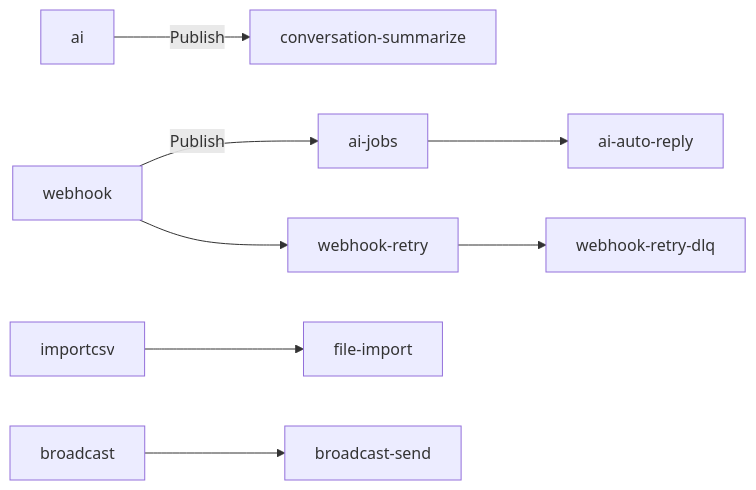
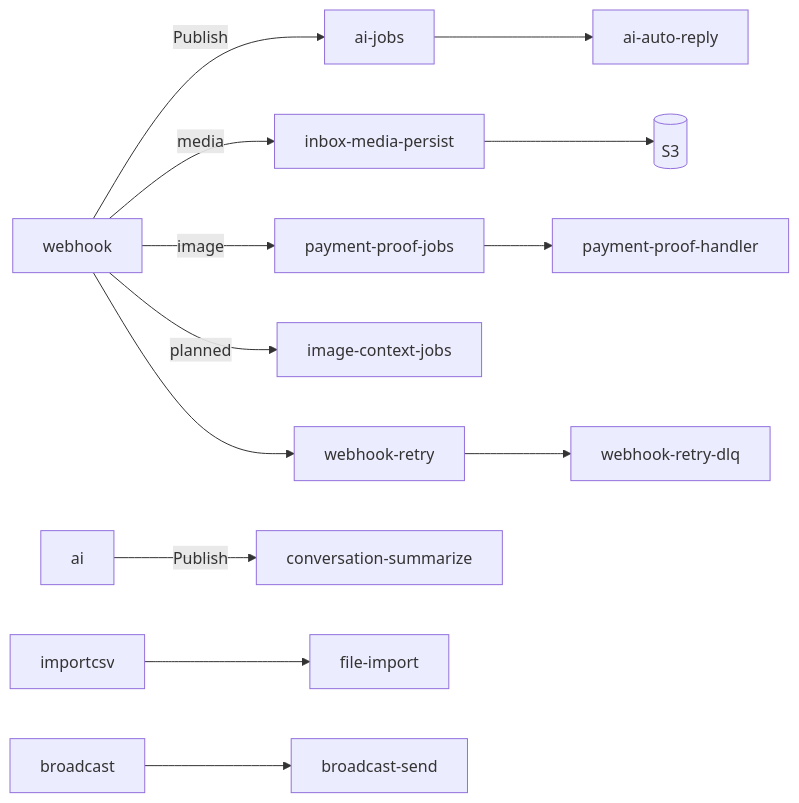
One commit to vwijaya03/wabantu-api-go changed the ninth of 9 diagrams in DEVELOPER_DOCUMENTATION.md. Above: the diagram before and after it, drawn with Mermaid. The commit also changed other lines of this file and 5 other files, not shown here.

First line of the commit message:
docs: integrasikan alur media inbox, S3, bukti transfer, dan stock guard

````diff
--- a/DEVELOPER_DOCUMENTATION.md
+++ b/DEVELOPER_DOCUMENTATION.md
@@ -1448,10 +1475,15 @@
 ```mermaid
 flowchart LR
   WH[webhook] -->|Publish| AIQ[ai-jobs]
   AIQ --> SUB[ai-auto-reply]
+  WH -->|media| IMP[inbox-media-persist]
+  IMP --> S3[(S3)]
+  WH -->|image| PP[payment-proof-jobs]
+  PP --> PPH[payment-proof-handler]
+  WH -->|planned| IC[image-context-jobs]
   AI[ai] -->|Publish| SUM[conversation-summarize]
-  IMP[importcsv] --> FIM[file-import]
+  IMP2[importcsv] --> FIM[file-import]
   BC[broadcast] --> BS[broadcast-send]
   WH --> WR[webhook-retry]
   WR --> DLQ[webhook-retry-dlq]
 ```
````
